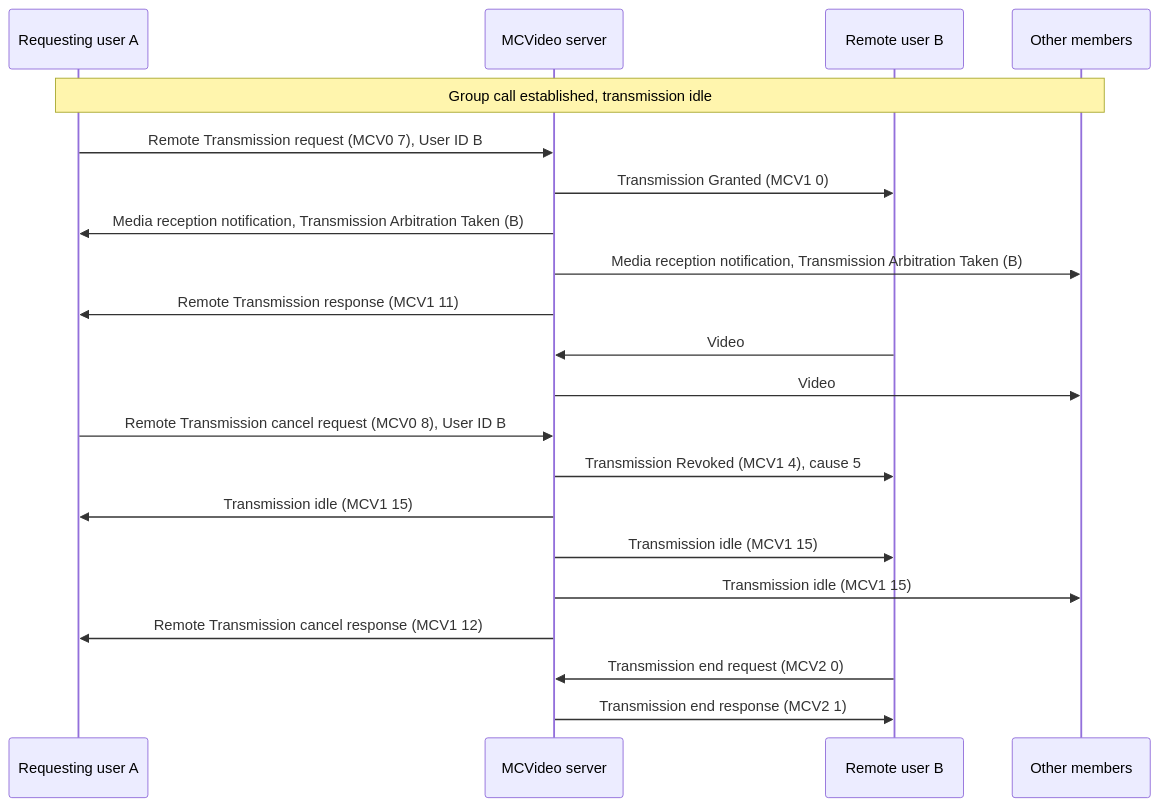
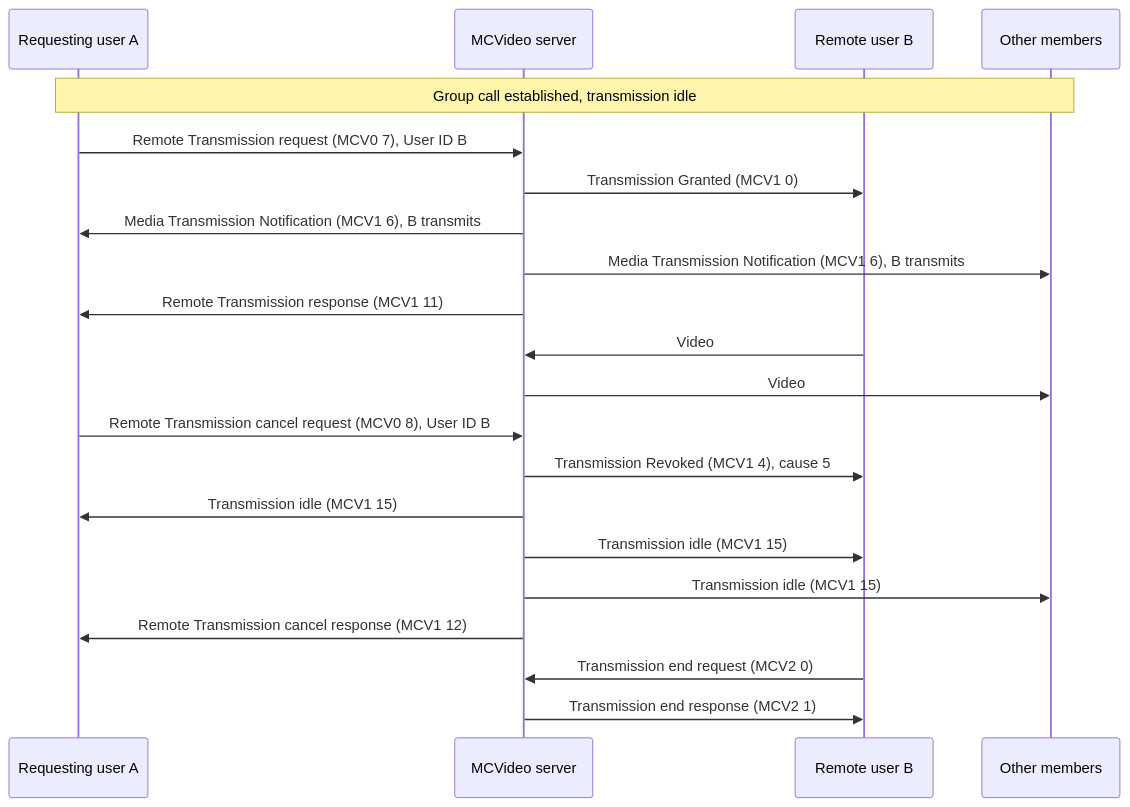
The second of 3 diagrams in tutorials/unit-tests/18-mcvideo-pull-push-ambient/README.md (openMCX/openmcx-server), drawn with Mermaid before and after one commit. The commit also changed other lines of this file and 30 other files, not shown here.

````diff
--- a/tutorials/unit-tests/18-mcvideo-pull-push-ambient/README.md
+++ b/tutorials/unit-tests/18-mcvideo-pull-push-ambient/README.md
@@ -308,23 +308,23 @@
 ```mermaid
 sequenceDiagram
     participant A as Requesting user A
     participant S as MCVideo server
     participant B as Remote user B
     participant C as Other members
     Note over A,C: Group call established, transmission idle
     A->>S: Remote Transmission request (MCV0 7), User ID B
     S->>B: Transmission Granted (MCV1 0)
-    S->>A: Media reception notification, Transmission Arbitration Taken (B)
-    S->>C: Media reception notification, Transmission Arbitration Taken (B)
+    S->>A: Media Transmission Notification (MCV1 6), B transmits
+    S->>C: Media Transmission Notification (MCV1 6), B transmits
     S->>A: Remote Transmission response (MCV1 11)
     B->>S: Video
     S->>C: Video
     A->>S: Remote Transmission cancel request (MCV0 8), User ID B
     S->>B: Transmission Revoked (MCV1 4), cause 5
     S->>A: Transmission idle (MCV1 15)
     S->>B: Transmission idle (MCV1 15)
     S->>C: Transmission idle (MCV1 15)
     S->>A: Remote Transmission cancel response (MCV1 12)
     B->>S: Transmission end request (MCV2 0)
     S->>B: Transmission end response (MCV2 1)
 ```
````
